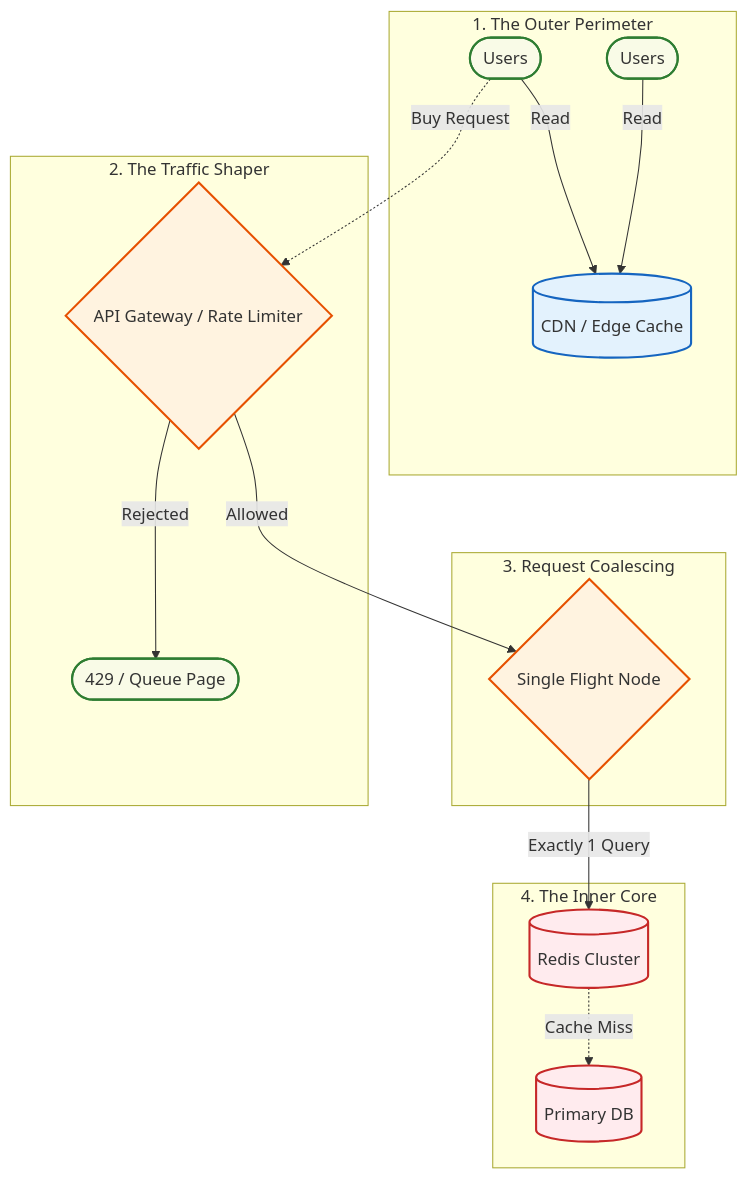
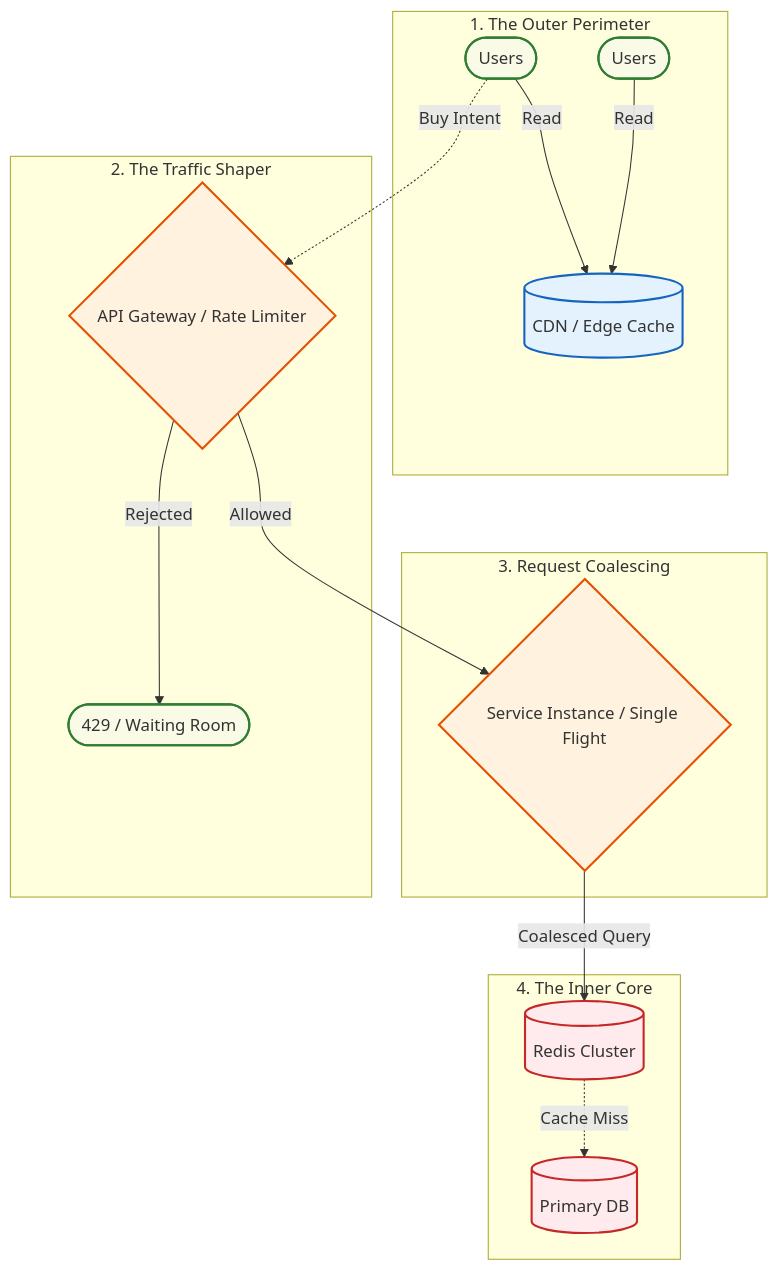
Before and after one commit to tuanhiep/tuanhiep.github.io: the diagram in content/posts/series_3/1.global_flash_sale_engine_thundering_herd.md, drawn with Mermaid. The commit also changed other lines of this file, not shown here.

````diff
--- a/content/posts/series_3/1.global_flash_sale_engine_thundering_herd.md
+++ b/content/posts/series_3/1.global_flash_sale_engine_thundering_herd.md
@@ -82,33 +83,33 @@
 ```mermaid
 graph TD
     classDef user fill:#f9fbe7,stroke:#2e7d32,stroke-width:2px;
     classDef edge fill:#e3f2fd,stroke:#1565c0,stroke-width:2px;
     classDef core fill:#fff3e0,stroke:#e65100,stroke-width:2px;
     classDef db fill:#ffebee,stroke:#c62828,stroke-width:2px;
 
     subgraph SG1 [1. The Outer Perimeter]
         U1([Users]):::user
         U2([Users]):::user
         CDN[(CDN / Edge Cache)]:::edge
         U1 -->|Read| CDN
         U2 -->|Read| CDN
     end
 
     subgraph SG2 [2. The Traffic Shaper]
         RL{API Gateway / Rate Limiter}:::core
-        U1 -.->|Buy Request| RL
-        RL -->|Rejected| 429([429 / Queue Page]):::user
+        U1 -.->|Buy Intent| RL
+        RL -->|Rejected| 429([429 / Waiting Room]):::user
     end
 
     subgraph SG3 [3. Request Coalescing]
-        SF{Single Flight Node}:::core
+        SF{Service Instance / Single Flight}:::core
         RL -->|Allowed| SF
     end
 
     subgraph SG4 [4. The Inner Core]
         Cache[(Redis Cluster)]:::db
         DB[(Primary DB)]:::db
-        SF -->|Exactly 1 Query| Cache
+        SF -->|Coalesced Query| Cache
         Cache -.->|Cache Miss| DB
     end
 ```
````
